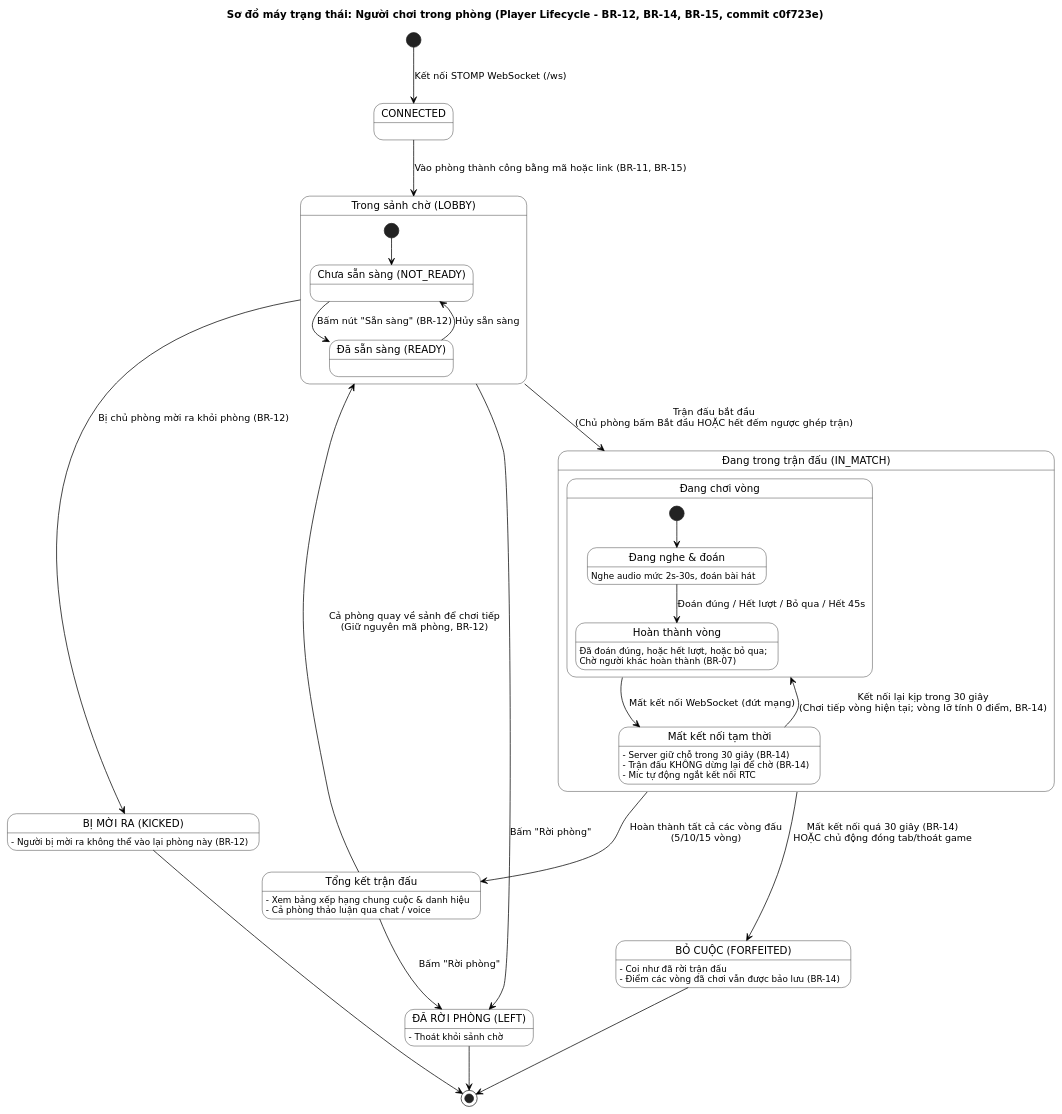
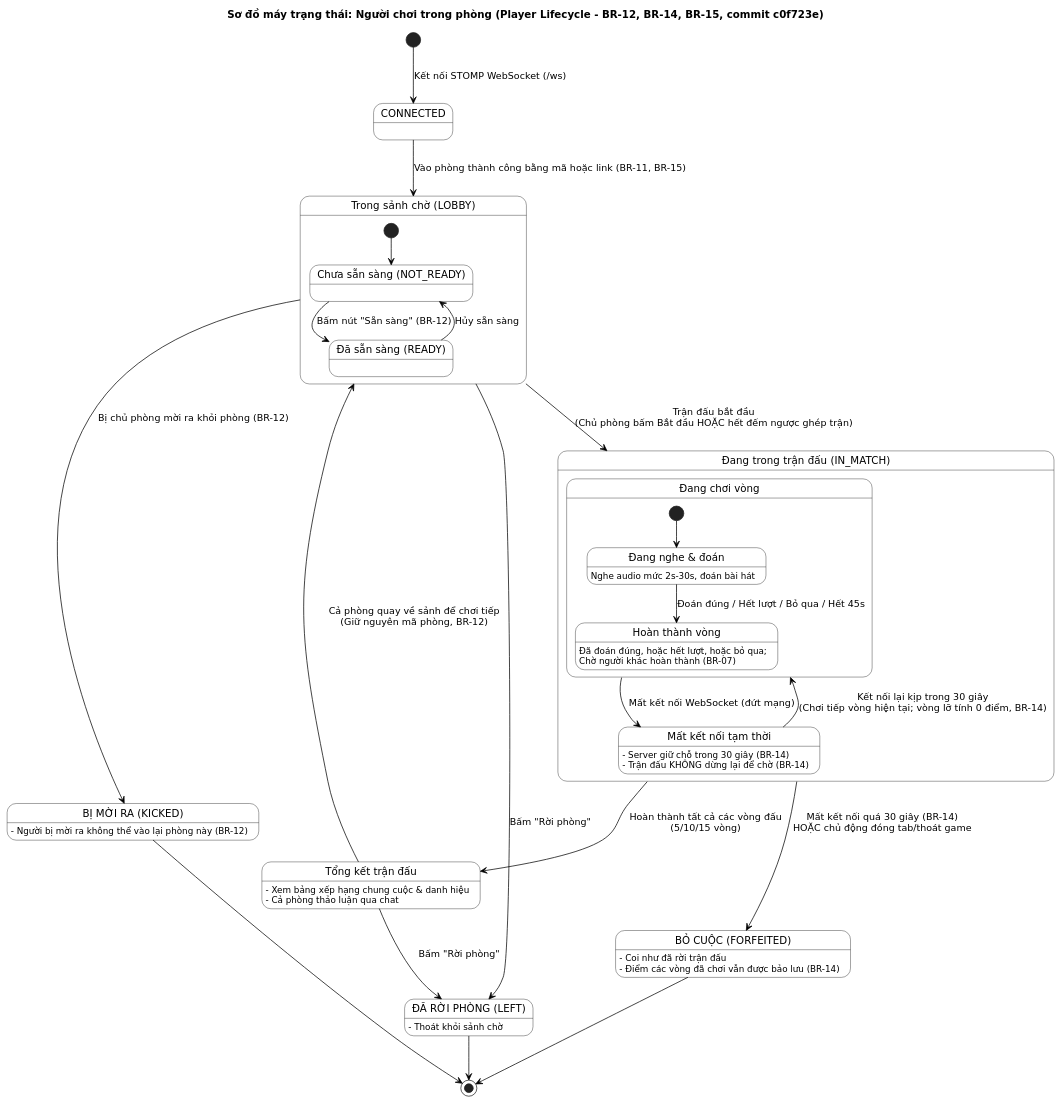
The diagram in docs/uml/state/state-nguoi-choi-trong-phong.puml (ThaiDevv/meloo), drawn with PlantUML before and after one commit. The commit also changed 32 other files, not shown here.

Commit message:
docs(voice): bỏ voice chat khỏi tài liệu và sơ đồ (#116)

```diff
--- a/docs/uml/state/state-nguoi-choi-trong-phong.puml
+++ b/docs/uml/state/state-nguoi-choi-trong-phong.puml
@@ -1,79 +1,78 @@
 @startuml state-nguoi-choi-trong-phong
 title Sơ đồ máy trạng thái: Người chơi trong phòng (Player Lifecycle - BR-12, BR-14, BR-15, commit c0f723e)
 skinparam shadowing false
 skinparam defaultFontName DejaVu Sans
 skinparam state {
   BackgroundColor white
   BorderColor black
   ArrowColor black
   StartColor black
   EndColor black
 }
 
 [*] --> CONNECTED : Kết nối STOMP WebSocket (/ws)
 
 CONNECTED --> LOBBY_JOINED : Vào phòng thành công bằng mã hoặc link (BR-11, BR-15)
 
 state LOBBY_JOINED as "Trong sảnh chờ (LOBBY)" {
   state NOT_READY as "Chưa sẵn sàng (NOT_READY)"
   state READY as "Đã sẵn sàng (READY)"
 
   [*] --> NOT_READY
   NOT_READY --> READY : Bấm nút "Sẵn sàng" (BR-12)
   READY --> NOT_READY : Hủy sẵn sàng
 }
 
 LOBBY_JOINED --> KICKED : Bị chủ phòng mời ra khỏi phòng (BR-12)
 LOBBY_JOINED --> LEFT : Bấm "Rời phòng"
 
 LOBBY_JOINED --> IN_MATCH : Trận đấu bắt đầu\n(Chủ phòng bấm Bắt đầu HOẶC hết đếm ngược ghép trận)
 
 state IN_MATCH as "Đang trong trận đấu (IN_MATCH)" {
   state ROUND_ACTIVE as "Đang chơi vòng" {
     state PLAYING as "Đang nghe & đoán" : Nghe audio mức 2s–30s, đoán bài hát
     state FINISHED_ROUND as "Hoàn thành vòng" : Đã đoán đúng, hoặc hết lượt, hoặc bỏ qua;\nChờ người khác hoàn thành (BR-07)
 
     [*] --> PLAYING
     PLAYING --> FINISHED_ROUND : Đoán đúng / Hết lượt / Bỏ qua / Hết 45s
   }
 
   state DISCONNECTED_GRACE as "Mất kết nối tạm thời" {
     DISCONNECTED_GRACE : - Server giữ chỗ trong 30 giây (BR-14)
     DISCONNECTED_GRACE : - Trận đấu KHÔNG dừng lại để chờ (BR-14)
-    DISCONNECTED_GRACE : - Mic tự động ngắt kết nối RTC
   }
 
   ROUND_ACTIVE --> DISCONNECTED_GRACE : Mất kết nối WebSocket (đứt mạng)
   DISCONNECTED_GRACE --> ROUND_ACTIVE : Kết nối lại kịp trong 30 giây\n(Chơi tiếp vòng hiện tại; vòng lỡ tính 0 điểm, BR-14)
 }
 
 IN_MATCH --> FORFEITED_LEFT : Mất kết nối quá 30 giây (BR-14)\nHOẶC chủ động đóng tab/thoát game
 
 IN_MATCH --> MATCH_COMPLETED : Hoàn thành tất cả các vòng đấu\n(5/10/15 vòng)
 
 state MATCH_COMPLETED as "Tổng kết trận đấu" {
   MATCH_COMPLETED : - Xem bảng xếp hạng chung cuộc & danh hiệu
-  MATCH_COMPLETED : - Cả phòng thảo luận qua chat / voice
+  MATCH_COMPLETED : - Cả phòng thảo luận qua chat
 }
 
 MATCH_COMPLETED --> LOBBY_JOINED : Cả phòng quay về sảnh để chơi tiếp\n(Giữ nguyên mã phòng, BR-12)
 MATCH_COMPLETED --> LEFT : Bấm "Rời phòng"
 
 state KICKED as "BỊ MỜI RA (KICKED)" {
   KICKED : - Người bị mời ra không thể vào lại phòng này (BR-12)
 }
 
 state LEFT as "ĐÃ RỜI PHÒNG (LEFT)" {
   LEFT : - Thoát khỏi sảnh chờ
 }
 
 state FORFEITED_LEFT as "BỎ CUỘC (FORFEITED)" {
   FORFEITED_LEFT : - Coi như đã rời trận đấu
   FORFEITED_LEFT : - Điểm các vòng đã chơi vẫn được bảo lưu (BR-14)
 }
 
 KICKED --> [*]
 LEFT --> [*]
 FORFEITED_LEFT --> [*]
 
 @enduml
```
